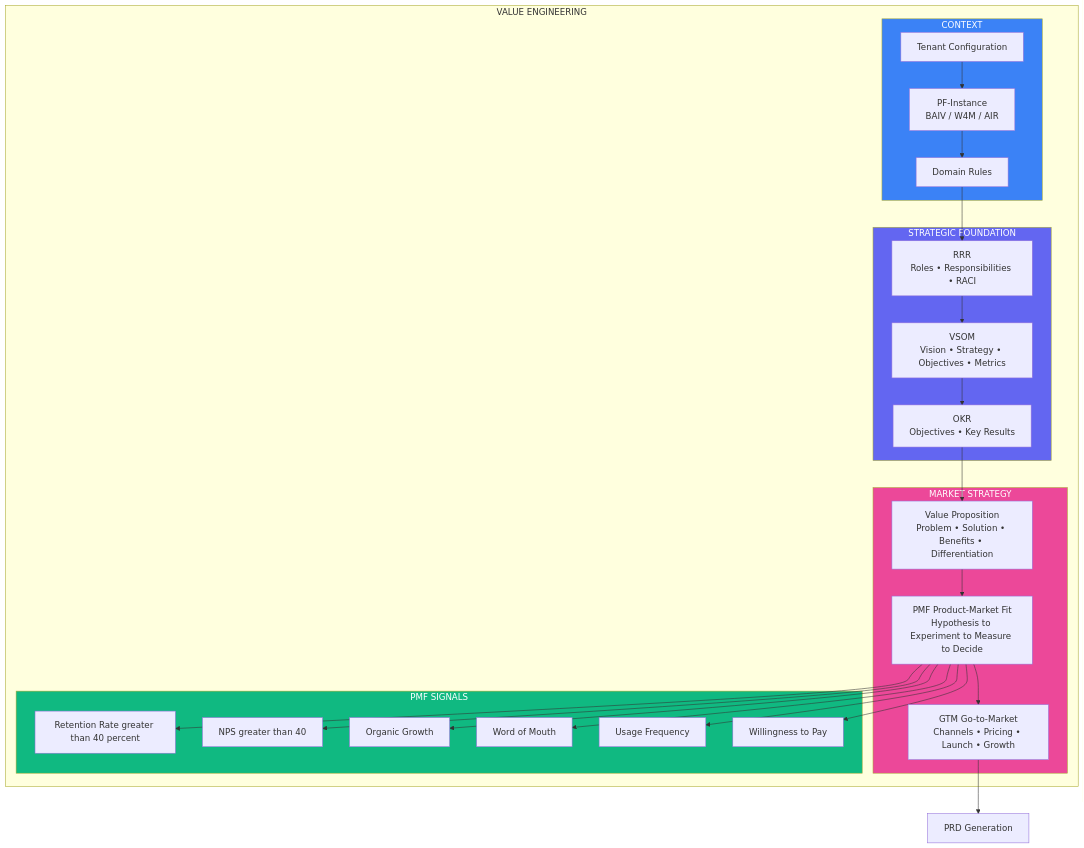
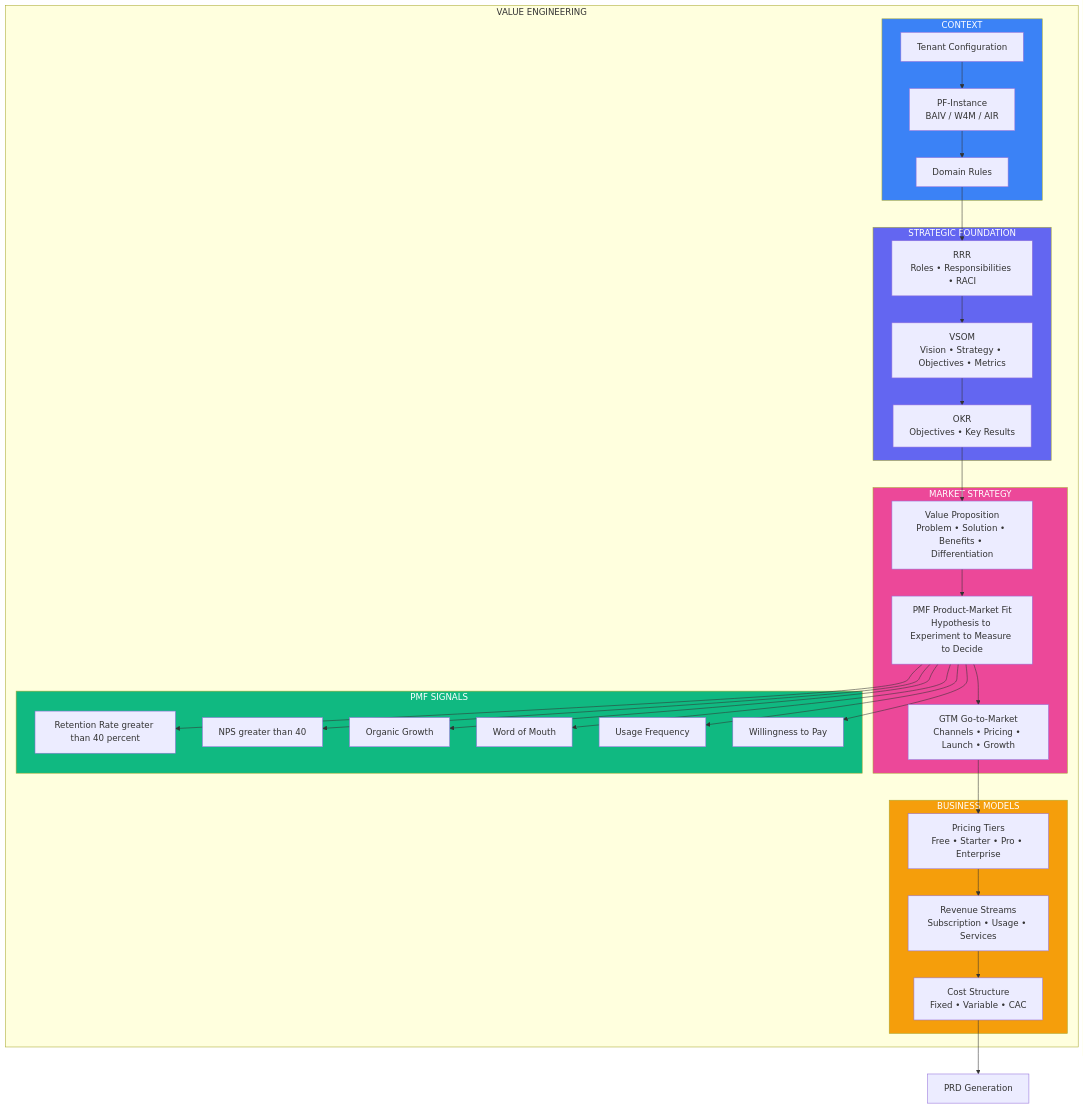
One commit to ajrmooreuk/PF-Prototype-Shared changed the fifth of 18 diagrams in 1 Architecture/0.1 Solution architects/HLD-High-level/HLD_AGENTIC_SOLUTION_TEMPLATE.md. Above: the diagram before and after it, drawn with Mermaid. The commit also changed other lines of this file, not shown here.

````diff
--- a/1 Architecture/0.1 Solution architects/HLD-High-level/HLD_AGENTIC_SOLUTION_TEMPLATE.md
+++ b/1 Architecture/0.1 Solution architects/HLD-High-level/HLD_AGENTIC_SOLUTION_TEMPLATE.md
@@ -203,57 +351,67 @@
 ```mermaid
 graph TB
     subgraph VE["VALUE ENGINEERING"]
         subgraph STRATEGIC["STRATEGIC FOUNDATION"]
             RRR["RRR<br/>Roles • Responsibilities • RACI"]
             VSOM["VSOM<br/>Vision • Strategy • Objectives • Metrics"]
             OKR["OKR<br/>Objectives • Key Results"]
         end
         
         subgraph MARKET["MARKET STRATEGY"]
             VP["Value Proposition<br/>Problem • Solution • Benefits • Differentiation"]
             PMF["PMF Product-Market Fit<br/>Hypothesis to Experiment to Measure to Decide"]
             GTM["GTM Go-to-Market<br/>Channels • Pricing • Launch • Growth"]
+        end
+        
+        subgraph BUSINESS["BUSINESS MODELS"]
+            PRICING["Pricing Tiers<br/>Free • Starter • Pro • Enterprise"]
+            REVENUE["Revenue Streams<br/>Subscription • Usage • Services"]
+            COSTS["Cost Structure<br/>Fixed • Variable • CAC"]
         end
         
         subgraph CONTEXT["CONTEXT"]
             TENANT["Tenant Configuration"]
             INSTANCE["PF-Instance<br/>BAIV / W4M / AIR"]
             DOMAIN["Domain Rules"]
         end
         
         subgraph PMF_SIGNALS["PMF SIGNALS"]
             RETENTION["Retention Rate greater than 40 percent"]
             NPS["NPS greater than 40"]
             ORGANIC["Organic Growth"]
             WOM["Word of Mouth"]
             USAGE["Usage Frequency"]
             WTP["Willingness to Pay"]
         end
     end
     
     RRR --> VSOM
     VSOM --> OKR
     OKR --> VP
     
     VP --> PMF
     PMF --> GTM
+    GTM --> PRICING
+    PRICING --> REVENUE
+    REVENUE --> COSTS
     
     PMF --> RETENTION
     PMF --> NPS
     PMF --> ORGANIC
     PMF --> WOM
     PMF --> USAGE
     PMF --> WTP
     
     TENANT --> INSTANCE
     INSTANCE --> DOMAIN
     
     DOMAIN --> RRR
     
-    GTM --> PRD["PRD Generation"]
+    COSTS --> PRD["PRD Generation"]
     
     style STRATEGIC fill:#6366F1,color:#fff
     style MARKET fill:#EC4899,color:#fff
+    style BUSINESS fill:#F59E0B,color:#fff
     style CONTEXT fill:#3B82F6,color:#fff
     style PMF_SIGNALS fill:#10B981,color:#fff
 ```
````
